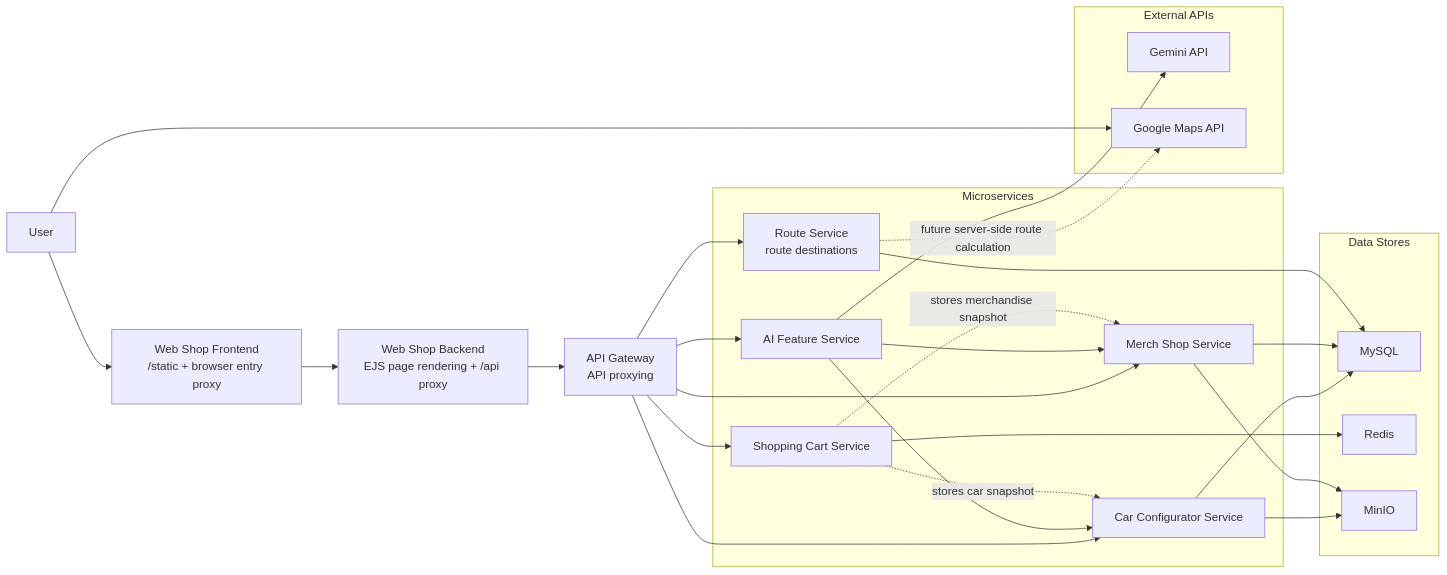
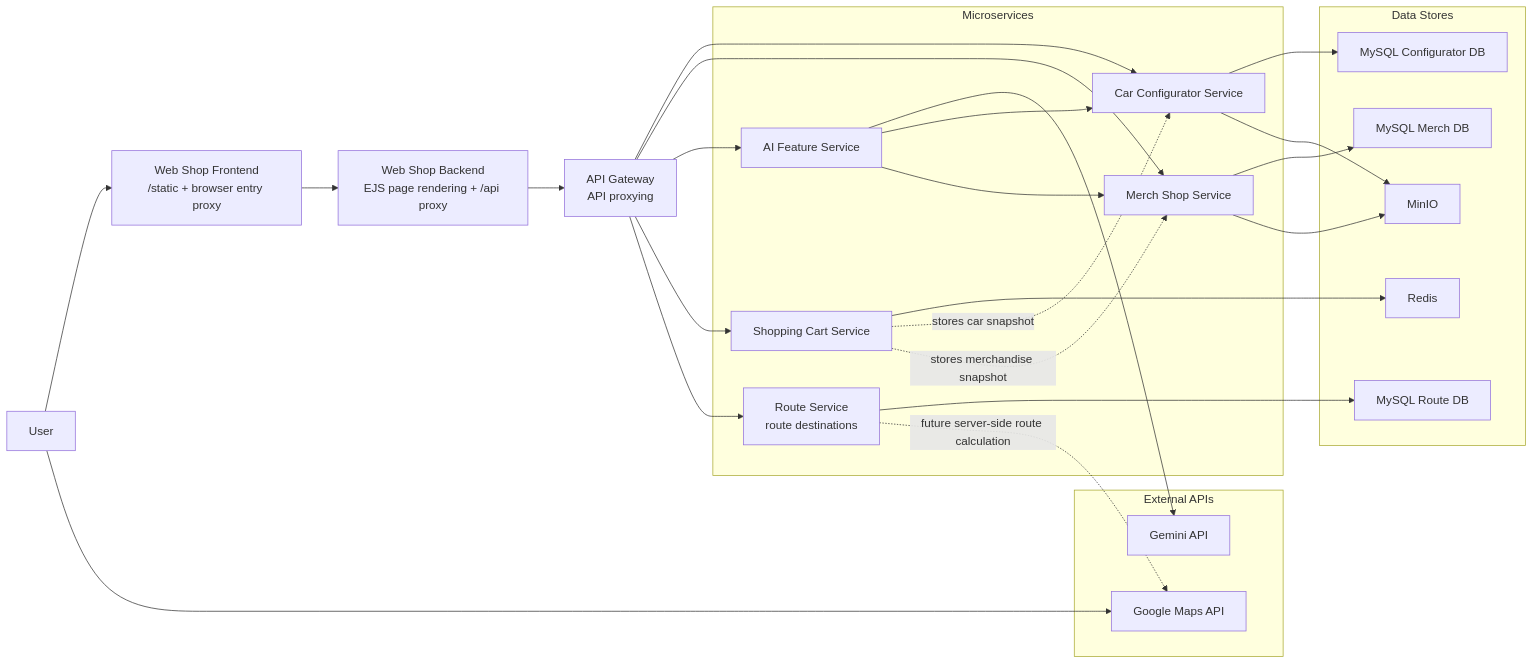
One commit to CloudBasedWebApplication/bmw changed the diagram in docs/architecture.mmd. Above: the diagram before and after it, drawn with Mermaid. The commit also changed 12 other files, not shown here.

```diff
--- a/docs/architecture.mmd
+++ b/docs/architecture.mmd
@@ -1,54 +1,56 @@
 flowchart LR
     user["User"]
     frontend["Web Shop Frontend\n/static + browser entry proxy"]
     backendPresentation["Web Shop Backend\nEJS page rendering + /api proxy"]
     gateway["API Gateway\nAPI proxying"]
 
     subgraph backend["Microservices"]
         configurator["Car Configurator Service"]
         merchandise["Merch Shop Service"]
         ai["AI Feature Service"]
         cart["Shopping Cart Service"]
         route["Route Service\nroute destinations"]
     end
 
     subgraph data["Data Stores"]
-        mysql["MySQL"]
+        mysqlConfigurator["MySQL Configurator DB"]
+        mysqlMerch["MySQL Merch DB"]
+        mysqlRoute["MySQL Route DB"]
         redis["Redis"]
         minio["MinIO"]
     end
 
     subgraph external["External APIs"]
         gemini["Gemini API"]
         googlemaps["Google Maps API"]
     end
 
     user --> frontend
     frontend --> backendPresentation
     backendPresentation --> gateway
 
     gateway --> configurator
     gateway --> merchandise
     gateway --> ai
     gateway --> cart
     gateway --> route
 
     user --> googlemaps
 
-    configurator --> mysql
+    configurator --> mysqlConfigurator
     configurator --> minio
 
-    merchandise --> mysql
+    merchandise --> mysqlMerch
     merchandise --> minio
 
     ai --> gemini
     ai --> configurator
     ai --> merchandise
 
     cart --> redis
-    route --> mysql
+    route --> mysqlRoute
 
     route -. "future server-side route calculation" .-> googlemaps
 
     cart -. "stores car snapshot" .-> configurator
     cart -. "stores merchandise snapshot" .-> merchandise
```
